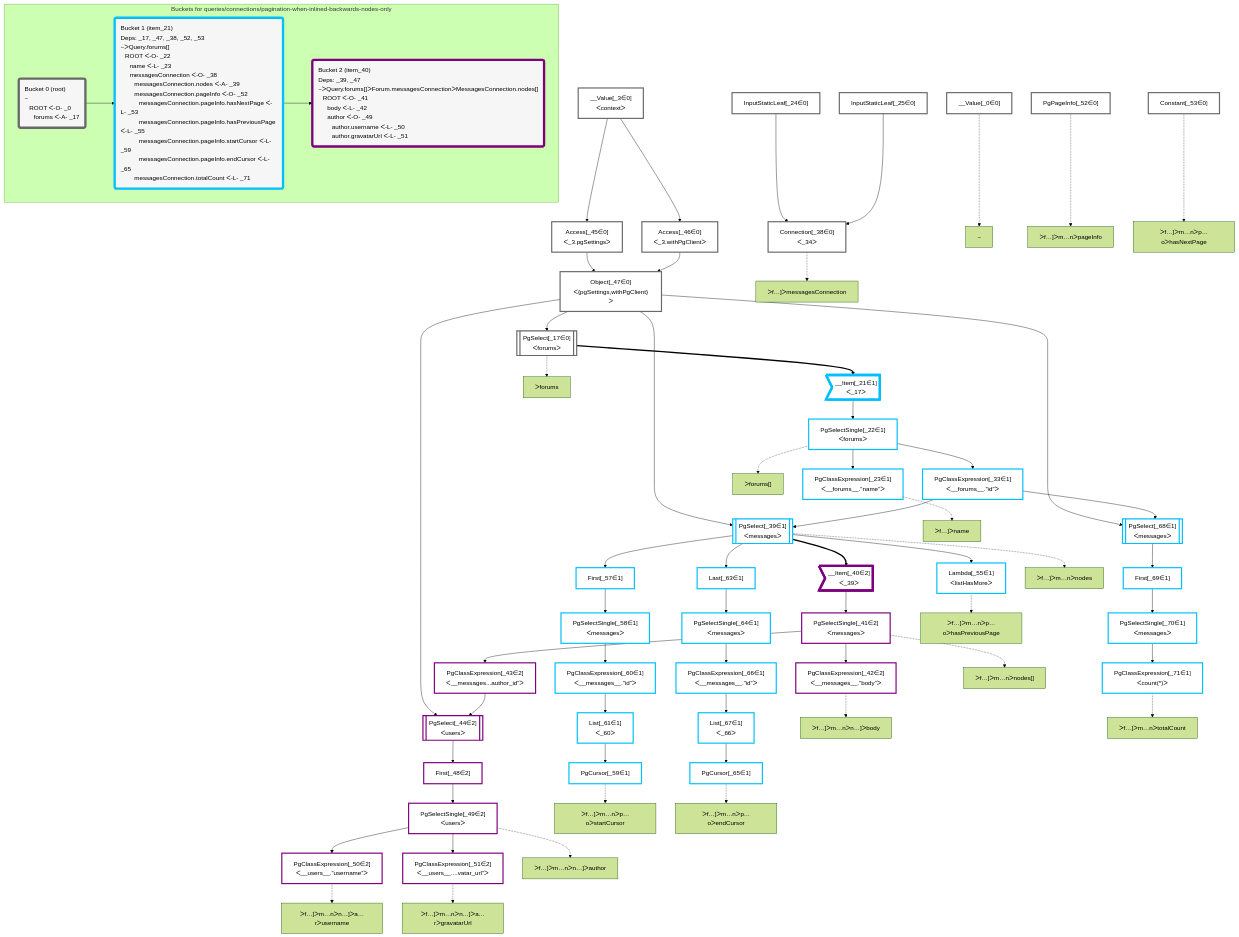
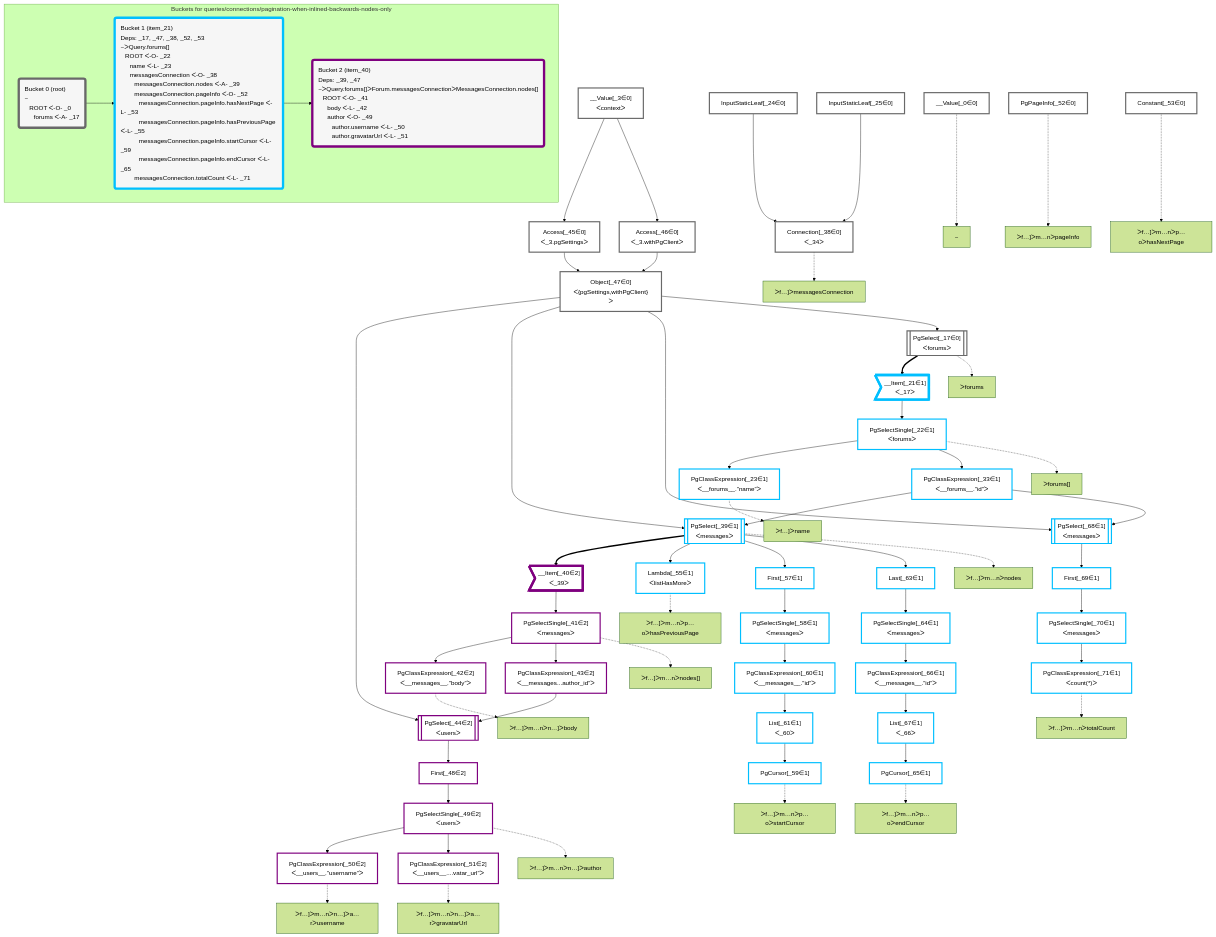
One commit to graphile/crystal changed the diagram in packages/dataplan-pg/__tests__/queries/connections/pagination-when-inlined-backwards-nodes-only.deopt.mermaid.md. Above: the diagram before and after it, drawn with Mermaid (forest theme). The commit also changed other lines of this file and 195 other files, not shown here.

```diff
--- a/packages/dataplan-pg/__tests__/queries/connections/pagination-when-inlined-backwards-nodes-only.deopt.mermaid.md
+++ b/packages/dataplan-pg/__tests__/queries/connections/pagination-when-inlined-backwards-nodes-only.deopt.mermaid.md
@@ -9,81 +9,81 @@
 
     %% define plans
     __Value_0["__Value[_0∈0]"]:::plan
+    PgClassExpression_23["PgClassExpression[_23∈1]<br />ᐸ__forums__.”name”ᐳ"]:::plan
+    PgClassExpression_42["PgClassExpression[_42∈2]<br />ᐸ__messages__.”body”ᐳ"]:::plan
+    PgClassExpression_50["PgClassExpression[_50∈2]<br />ᐸ__users__.”username”ᐳ"]:::plan
+    PgClassExpression_51["PgClassExpression[_51∈2]<br />ᐸ__users__....vatar_url”ᐳ"]:::plan
+    PgSelectSingle_49["PgSelectSingle[_49∈2]<br />ᐸusersᐳ"]:::plan
+    First_48["First[_48∈2]"]:::plan
+    PgSelect_44[["PgSelect[_44∈2]<br />ᐸusersᐳ"]]:::plan
+    PgClassExpression_43["PgClassExpression[_43∈2]<br />ᐸ__messages...author_id”ᐳ"]:::plan
+    PgSelectSingle_41["PgSelectSingle[_41∈2]<br />ᐸmessagesᐳ"]:::plan
+    __Item_40>"__Item[_40∈2]<br />ᐸ_39ᐳ"]:::itemplan
+    Lambda_55["Lambda[_55∈1]<br />ᐸlistHasMoreᐳ"]:::plan
+    PgCursor_59["PgCursor[_59∈1]"]:::plan
+    List_61["List[_61∈1]<br />ᐸ_60ᐳ"]:::plan
+    PgClassExpression_60["PgClassExpression[_60∈1]<br />ᐸ__messages__.”id”ᐳ"]:::plan
+    PgSelectSingle_58["PgSelectSingle[_58∈1]<br />ᐸmessagesᐳ"]:::plan
+    First_57["First[_57∈1]"]:::plan
+    PgCursor_65["PgCursor[_65∈1]"]:::plan
+    List_67["List[_67∈1]<br />ᐸ_66ᐳ"]:::plan
+    PgClassExpression_66["PgClassExpression[_66∈1]<br />ᐸ__messages__.”id”ᐳ"]:::plan
+    PgSelectSingle_64["PgSelectSingle[_64∈1]<br />ᐸmessagesᐳ"]:::plan
+    Last_63["Last[_63∈1]"]:::plan
+    PgSelect_39[["PgSelect[_39∈1]<br />ᐸmessagesᐳ"]]:::plan
+    PgClassExpression_71["PgClassExpression[_71∈1]<br />ᐸcount(*)ᐳ"]:::plan
+    PgSelectSingle_70["PgSelectSingle[_70∈1]<br />ᐸmessagesᐳ"]:::plan
+    First_69["First[_69∈1]"]:::plan
+    PgSelect_68[["PgSelect[_68∈1]<br />ᐸmessagesᐳ"]]:::plan
+    PgClassExpression_33["PgClassExpression[_33∈1]<br />ᐸ__forums__.”id”ᐳ"]:::plan
+    PgSelectSingle_22["PgSelectSingle[_22∈1]<br />ᐸforumsᐳ"]:::plan
+    __Item_21>"__Item[_21∈1]<br />ᐸ_17ᐳ"]:::itemplan
+    PgSelect_17[["PgSelect[_17∈0]<br />ᐸforumsᐳ"]]:::plan
+    Object_47["Object[_47∈0]<br />ᐸ{pgSettings,withPgClient}ᐳ"]:::plan
+    Access_45["Access[_45∈0]<br />ᐸ_3.pgSettingsᐳ"]:::plan
+    Access_46["Access[_46∈0]<br />ᐸ_3.withPgClientᐳ"]:::plan
     __Value_3["__Value[_3∈0]<br />ᐸcontextᐳ"]:::plan
-    PgSelect_17[["PgSelect[_17∈0]<br />ᐸforumsᐳ"]]:::plan
-    __Item_21>"__Item[_21∈1]<br />ᐸ_17ᐳ"]:::itemplan
-    PgSelectSingle_22["PgSelectSingle[_22∈1]<br />ᐸforumsᐳ"]:::plan
-    PgClassExpression_23["PgClassExpression[_23∈1]<br />ᐸ__forums__.”name”ᐳ"]:::plan
+    Connection_38["Connection[_38∈0]<br />ᐸ_34ᐳ"]:::plan
     InputStaticLeaf_24["InputStaticLeaf[_24∈0]"]:::plan
     InputStaticLeaf_25["InputStaticLeaf[_25∈0]"]:::plan
-    PgClassExpression_33["PgClassExpression[_33∈1]<br />ᐸ__forums__.”id”ᐳ"]:::plan
-    Connection_38["Connection[_38∈0]<br />ᐸ_34ᐳ"]:::plan
-    PgSelect_39[["PgSelect[_39∈1]<br />ᐸmessagesᐳ"]]:::plan
-    __Item_40>"__Item[_40∈2]<br />ᐸ_39ᐳ"]:::itemplan
-    PgSelectSingle_41["PgSelectSingle[_41∈2]<br />ᐸmessagesᐳ"]:::plan
-    PgClassExpression_42["PgClassExpression[_42∈2]<br />ᐸ__messages__.”body”ᐳ"]:::plan
-    PgClassExpression_43["PgClassExpression[_43∈2]<br />ᐸ__messages...author_id”ᐳ"]:::plan
-    PgSelect_44[["PgSelect[_44∈2]<br />ᐸusersᐳ"]]:::plan
-    Access_45["Access[_45∈0]<br />ᐸ_3.pgSettingsᐳ"]:::plan
-    Access_46["Access[_46∈0]<br />ᐸ_3.withPgClientᐳ"]:::plan
-    Object_47["Object[_47∈0]<br />ᐸ{pgSettings,withPgClient}ᐳ"]:::plan
-    First_48["First[_48∈2]"]:::plan
-    PgSelectSingle_49["PgSelectSingle[_49∈2]<br />ᐸusersᐳ"]:::plan
-    PgClassExpression_50["PgClassExpression[_50∈2]<br />ᐸ__users__.”username”ᐳ"]:::plan
-    PgClassExpression_51["PgClassExpression[_51∈2]<br />ᐸ__users__....vatar_url”ᐳ"]:::plan
     PgPageInfo_52["PgPageInfo[_52∈0]"]:::plan
     Constant_53["Constant[_53∈0]"]:::plan
-    Lambda_55["Lambda[_55∈1]<br />ᐸlistHasMoreᐳ"]:::plan
-    First_57["First[_57∈1]"]:::plan
-    PgSelectSingle_58["PgSelectSingle[_58∈1]<br />ᐸmessagesᐳ"]:::plan
-    PgCursor_59["PgCursor[_59∈1]"]:::plan
-    PgClassExpression_60["PgClassExpression[_60∈1]<br />ᐸ__messages__.”id”ᐳ"]:::plan
-    List_61["List[_61∈1]<br />ᐸ_60ᐳ"]:::plan
-    Last_63["Last[_63∈1]"]:::plan
-    PgSelectSingle_64["PgSelectSingle[_64∈1]<br />ᐸmessagesᐳ"]:::plan
-    PgCursor_65["PgCursor[_65∈1]"]:::plan
-    PgClassExpression_66["PgClassExpression[_66∈1]<br />ᐸ__messages__.”id”ᐳ"]:::plan
-    List_67["List[_67∈1]<br />ᐸ_66ᐳ"]:::plan
-    PgSelect_68[["PgSelect[_68∈1]<br />ᐸmessagesᐳ"]]:::plan
-    First_69["First[_69∈1]"]:::plan
-    PgSelectSingle_70["PgSelectSingle[_70∈1]<br />ᐸmessagesᐳ"]:::plan
-    PgClassExpression_71["PgClassExpression[_71∈1]<br />ᐸcount(*)ᐳ"]:::plan
 
     %% plan dependencies
+    PgSelectSingle_22 --> PgClassExpression_23
+    PgSelectSingle_41 --> PgClassExpression_42
+    PgSelectSingle_49 --> PgClassExpression_50
+    PgSelectSingle_49 --> PgClassExpression_51
+    First_48 --> PgSelectSingle_49
+    PgSelect_44 --> First_48
+    Object_47 & PgClassExpression_43 --> PgSelect_44
+    PgSelectSingle_41 --> PgClassExpression_43
+    __Item_40 --> PgSelectSingle_41
+    PgSelect_39 ==> __Item_40
+    PgSelect_39 --> Lambda_55
+    List_61 --> PgCursor_59
+    PgClassExpression_60 --> List_61
+    PgSelectSingle_58 --> PgClassExpression_60
+    First_57 --> PgSelectSingle_58
+    PgSelect_39 --> First_57
+    List_67 --> PgCursor_65
+    PgClassExpression_66 --> List_67
+    PgSelectSingle_64 --> PgClassExpression_66
+    Last_63 --> PgSelectSingle_64
+    PgSelect_39 --> Last_63
+    Object_47 & PgClassExpression_33 --> PgSelect_39
+    PgSelectSingle_70 --> PgClassExpression_71
+    First_69 --> PgSelectSingle_70
+    PgSelect_68 --> First_69
+    Object_47 & PgClassExpression_33 --> PgSelect_68
+    PgSelectSingle_22 --> PgClassExpression_33
+    __Item_21 --> PgSelectSingle_22
+    PgSelect_17 ==> __Item_21
     Object_47 --> PgSelect_17
-    PgSelect_17 ==> __Item_21
-    __Item_21 --> PgSelectSingle_22
-    PgSelectSingle_22 --> PgClassExpression_23
-    PgSelectSingle_22 --> PgClassExpression_33
-    InputStaticLeaf_24 & InputStaticLeaf_25 --> Connection_38
-    Object_47 & PgClassExpression_33 --> PgSelect_39
-    PgSelect_39 ==> __Item_40
-    __Item_40 --> PgSelectSingle_41
-    PgSelectSingle_41 --> PgClassExpression_42
-    PgSelectSingle_41 --> PgClassExpression_43
-    Object_47 & PgClassExpression_43 --> PgSelect_44
+    Access_45 & Access_46 --> Object_47
     __Value_3 --> Access_45
     __Value_3 --> Access_46
-    Access_45 & Access_46 --> Object_47
-    PgSelect_44 --> First_48
-    First_48 --> PgSelectSingle_49
-    PgSelectSingle_49 --> PgClassExpression_50
-    PgSelectSingle_49 --> PgClassExpression_51
-    PgSelect_39 --> Lambda_55
-    PgSelect_39 --> First_57
-    First_57 --> PgSelectSingle_58
-    List_61 --> PgCursor_59
-    PgSelectSingle_58 --> PgClassExpression_60
-    PgClassExpression_60 --> List_61
-    PgSelect_39 --> Last_63
-    Last_63 --> PgSelectSingle_64
-    List_67 --> PgCursor_65
-    PgSelectSingle_64 --> PgClassExpression_66
-    PgClassExpression_66 --> List_67
-    Object_47 & PgClassExpression_33 --> PgSelect_68
-    PgSelect_68 --> First_69
-    First_69 --> PgSelectSingle_70
-    PgSelectSingle_70 --> PgClassExpression_71
+    InputStaticLeaf_24 & InputStaticLeaf_25 --> Connection_38
 
     %% plan-to-path relationships
     P_0["~"]
```
